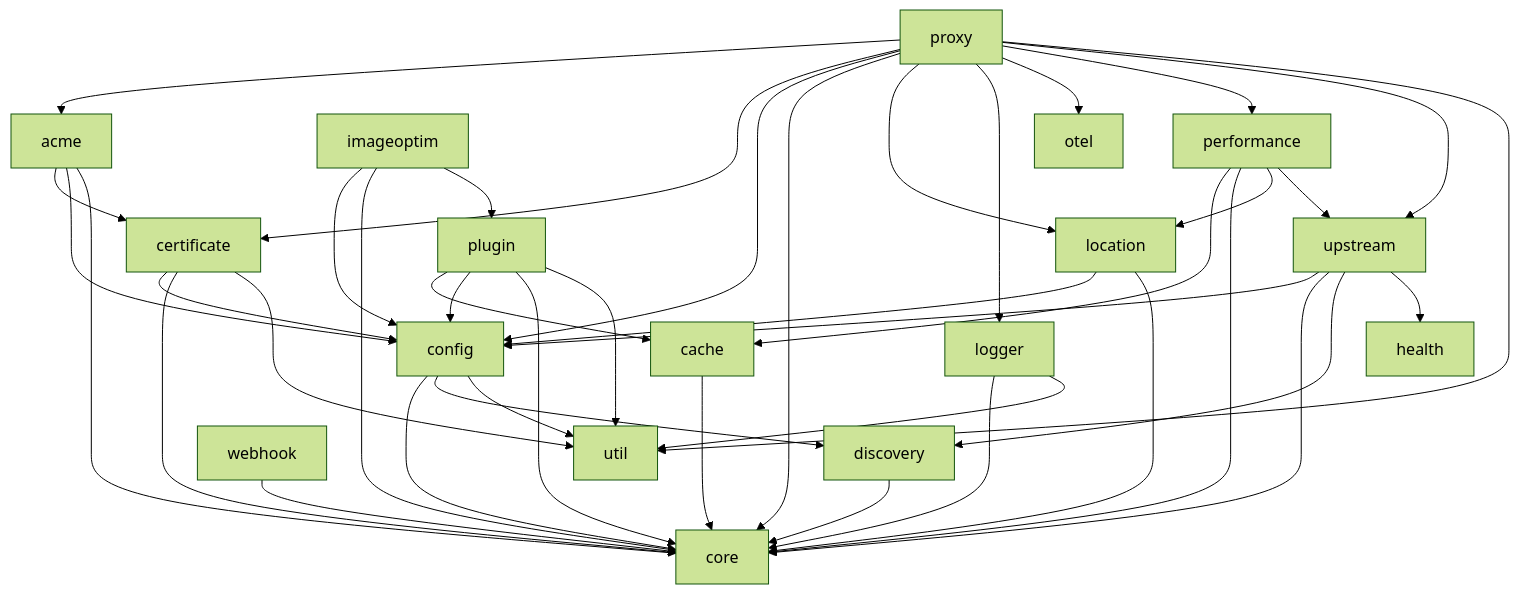
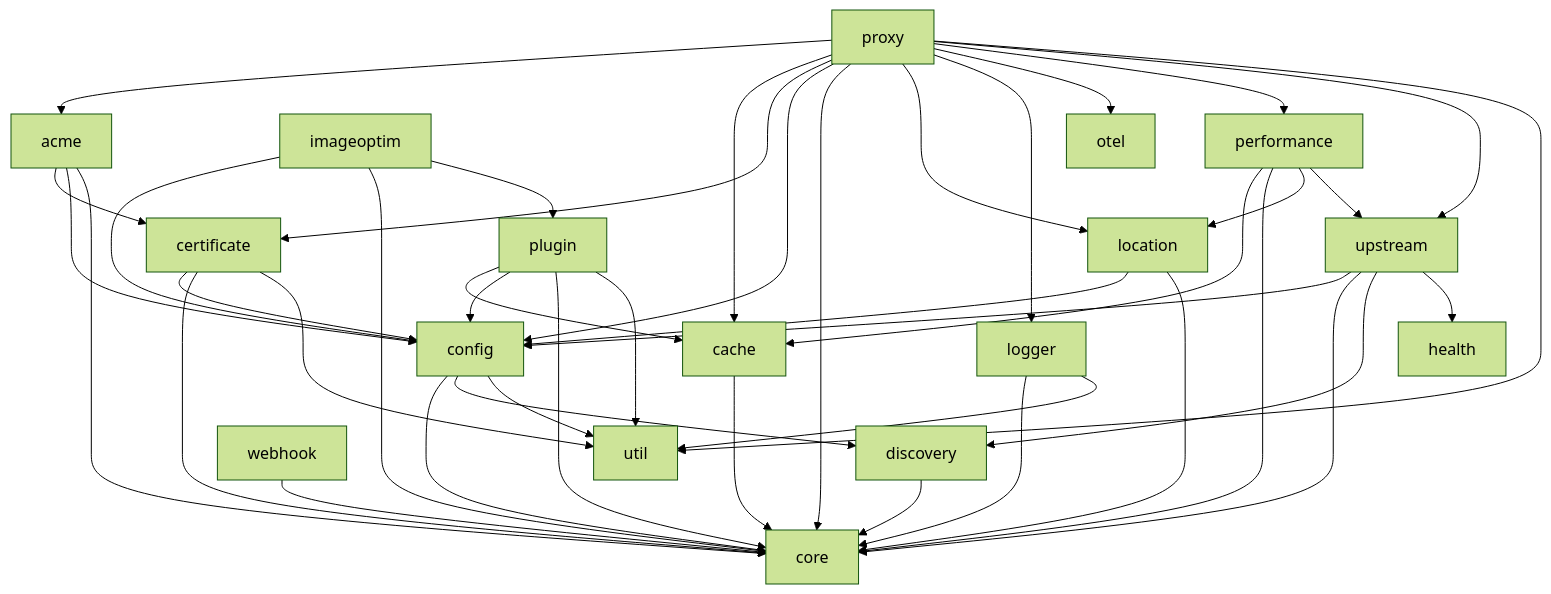
Before and after one commit to vicanso/pingap: the diagram in docs/zh/guide/modules.md, drawn with Mermaid (forest theme). The commit also changed 103 other files, not shown here.

````diff
--- a/docs/zh/guide/modules.md
+++ b/docs/zh/guide/modules.md
@@ -23,56 +23,57 @@
 ```mermaid
 graph TD
     acme --> certificate
     acme --> config
     acme --> core
 
     cache --> core
 
     certificate --> config
     certificate --> core
     certificate --> util
 
     config --> core
     config --> discovery
     config --> util
 
     discovery --> core
 
     imageoptim --> config
     imageoptim --> core
     imageoptim --> plugin
 
     location --> config
     location --> core
 
     logger --> core
     logger --> util
 
     performance --> cache
     performance --> core
     performance --> location
     performance --> upstream
 
     plugin --> cache
     plugin --> config
     plugin --> core
     plugin --> util
 
     proxy --> acme
+    proxy --> cache
     proxy --> certificate
     proxy --> config
     proxy --> core
     proxy --> location
     proxy --> logger
     proxy --> otel
     proxy --> performance
     proxy --> upstream
     proxy --> util
 
     upstream --> config
     upstream --> core
     upstream --> discovery
     upstream --> health
 
     webhook --> core
 ```
````
